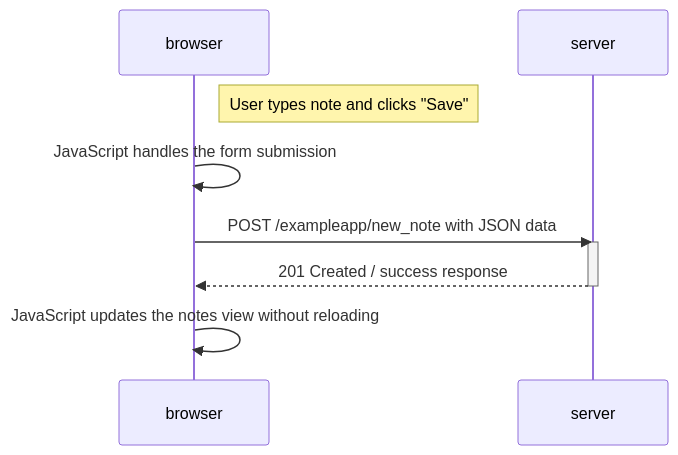
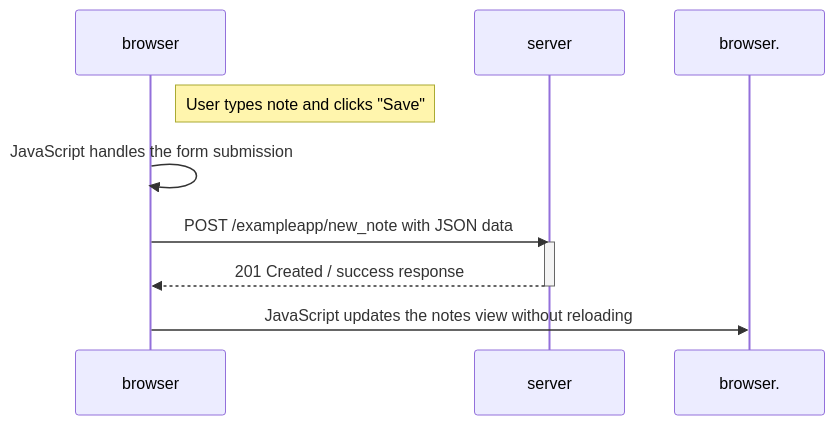
The third of 3 diagrams in part 0/README.md (48161330/Fullstack), drawn with Mermaid before and after one commit. The commit also changed other lines of this file, not shown here.

````diff
--- a/part 0/README.md
+++ b/part 0/README.md
@@ -79,16 +79,16 @@
 ```mermaid
 sequenceDiagram
     participant browser
     participant server
 
     Note right of browser: User types note and clicks "Save"
 
     browser->>browser: JavaScript handles the form submission
 
     browser->>server: POST /exampleapp/new_note with JSON data
     activate server
     server-->>browser: 201 Created / success response
     deactivate server
 
-    browser->>browser: JavaScript updates the notes view without reloading
+    browser->>browser. : JavaScript updates the notes view without reloading
 ```
````
